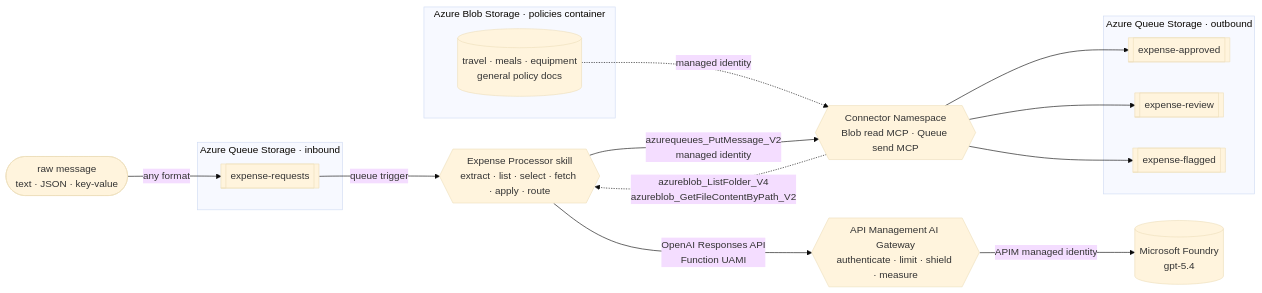
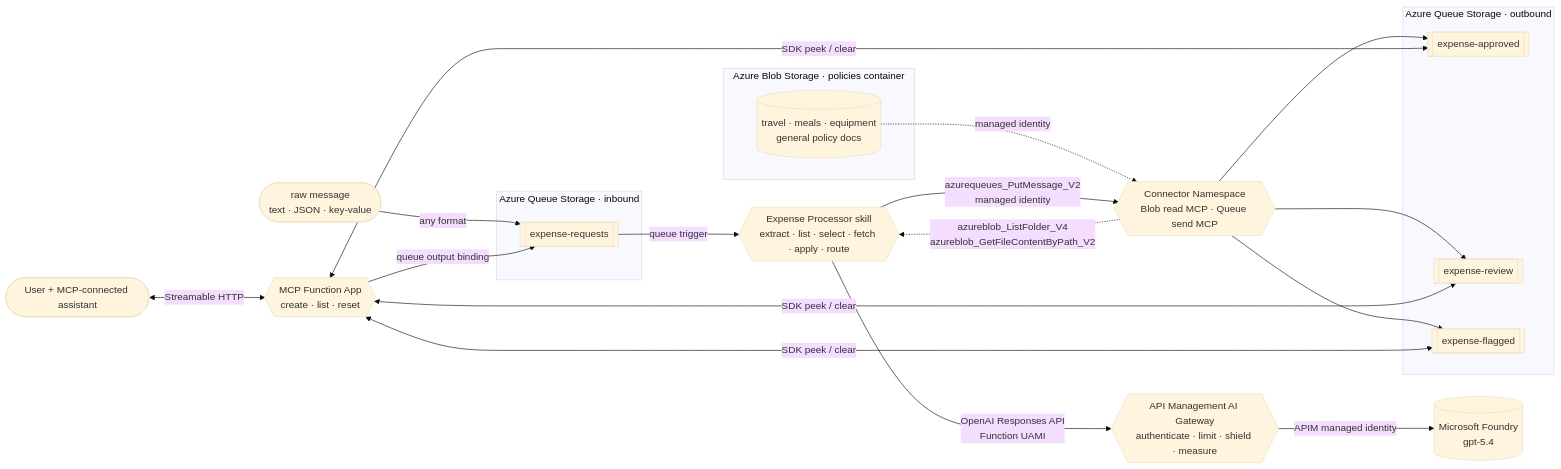
Before and after one commit to Azure-Samples/expense-processor: the diagram in docs/how-it-works.md, drawn with Mermaid (base theme). The commit also changed other lines of this file and 28 other files, not shown here.

First line of the commit message:
Add Functions MCP expense tools and independent app infrastructure

````diff
--- a/docs/how-it-works.md
+++ b/docs/how-it-works.md
@@ -28,34 +35,41 @@
 ```mermaid
 flowchart LR
+    user([User + MCP-connected assistant])
+    mcp{{MCP Function App<br/>create · list · reset}}
     msg([raw message<br/>text · JSON · key-value])
 
     subgraph inbound["Azure Queue Storage · inbound"]
         inq[[expense-requests]]
     end
 
     subgraph policies["Azure Blob Storage · policies container"]
         pdocs[(travel · meals · equipment<br/>general policy docs)]
     end
 
     connector{{Connector Namespace<br/>Blob read MCP · Queue send MCP}}
     skill{{Expense Processor skill<br/>extract · list · select · fetch · apply · route}}
     gateway{{API Management AI Gateway<br/>authenticate · limit · shield · measure}}
     model[(Microsoft Foundry<br/>gpt-5.4)]
 
     subgraph outbound["Azure Queue Storage · outbound"]
         approved[[expense-approved]]
         review[[expense-review]]
         flagged[[expense-flagged]]
     end
 
     msg -->|any format| inq
+    user <-->|Streamable HTTP| mcp
+    mcp -->|queue output binding| inq
     inq -->|queue trigger| skill
     pdocs -. managed identity .-> connector
     connector -. azureblob_ListFolder_V4<br/>azureblob_GetFileContentByPath_V2 .-> skill
     skill -->|OpenAI Responses API<br/>Function UAMI| gateway
     gateway -->|APIM managed identity| model
     skill -->|azurequeues_PutMessage_V2<br/>managed identity| connector
     connector --> approved
     connector --> review
     connector --> flagged
+    mcp <-->|SDK peek / clear| approved
+    mcp <-->|SDK peek / clear| review
+    mcp <-->|SDK peek / clear| flagged
 ```
````
